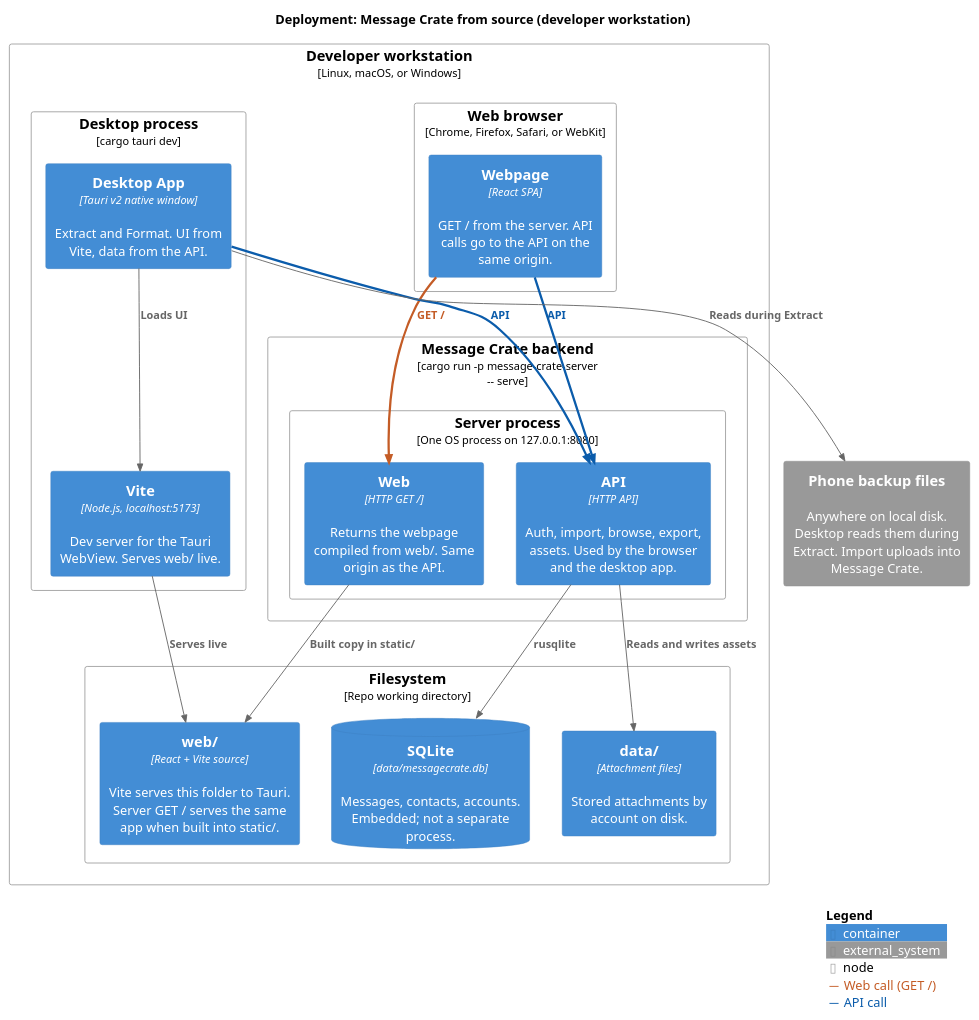
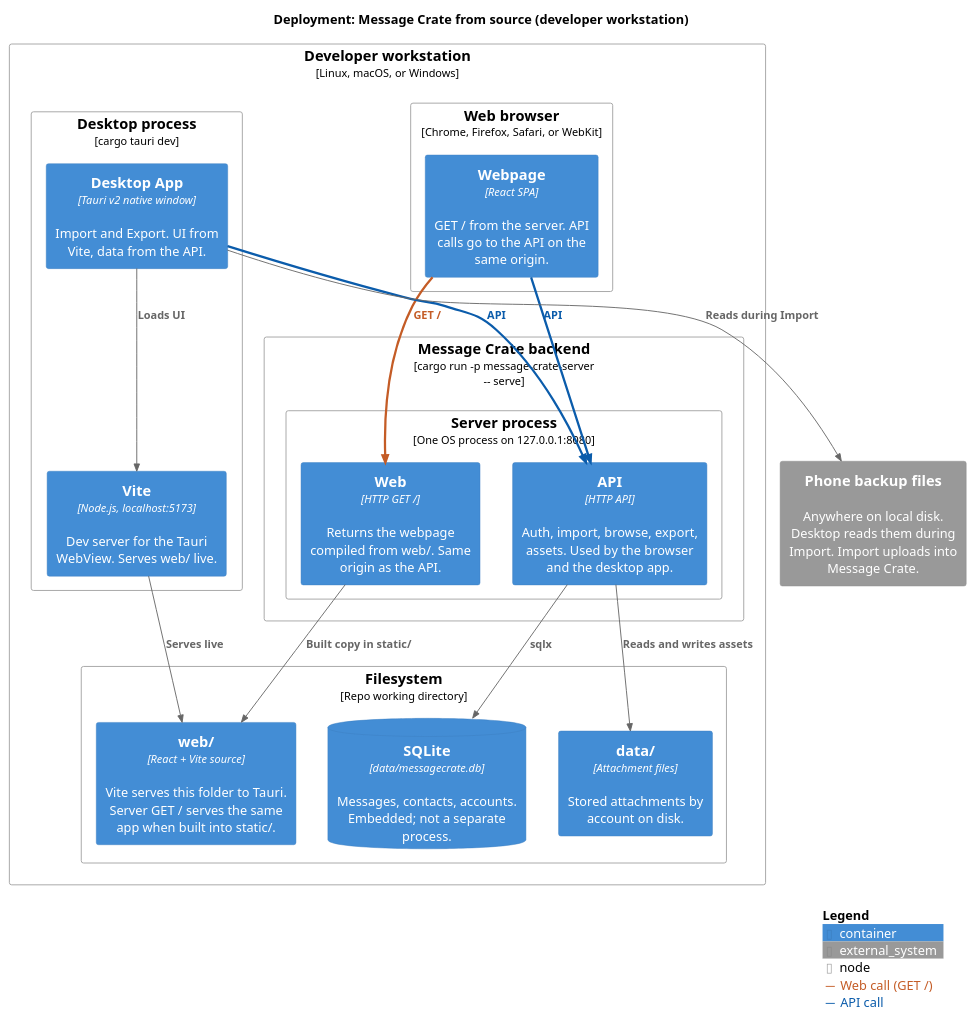
Before and after one commit to bitrealm-io/message-vault: the diagram in docs/src/assets/architecture/deployment_diagram.puml, drawn with PlantUML. The commit also changed 35 other files, not shown here.

```diff
--- a/docs/src/assets/architecture/deployment_diagram.puml
+++ b/docs/src/assets/architecture/deployment_diagram.puml
@@ -1,48 +1,48 @@
 @startuml
 !include https://raw.githubusercontent.com/plantuml-stdlib/C4-PlantUML/master/C4_Deployment.puml
 
 LAYOUT_TOP_DOWN()
 
 AddRelTag("web", $textColor="#C45C26", $lineColor="#C45C26", $lineThickness="2.5", $legendText="Web call (GET /)")
 AddRelTag("api", $textColor="#0B5CAB", $lineColor="#0B5CAB", $lineThickness="2.5", $legendText="API call")
 
 title Deployment: Message Crate from source (developer workstation)
 
 Deployment_Node(workstation, "Developer workstation", "Linux, macOS, or Windows") {
     Deployment_Node(browser, "Web browser", "Chrome, Firefox, Safari, or WebKit") {
         Container(spa, "Webpage", "React SPA", "GET / from the server. API calls go to the API on the same origin.")
     }
 
     Deployment_Node(tauri, "Desktop process", "cargo tauri dev") {
-        Container(desktop, "Desktop App", "Tauri v2 native window", "Extract and Format. UI from Vite, data from the API.")
+        Container(desktop, "Desktop App", "Tauri v2 native window", "Import and Export. UI from Vite, data from the API.")
         Container(vite, "Vite", "Node.js, localhost:5173", "Dev server for the Tauri WebView. Serves web/ live.")
     }
 
     Deployment_Node(backend, "Message Crate backend", "cargo run -p message-crate-server -- serve") {
         Deployment_Node(proc, "Server process", "One OS process on 127.0.0.1:8080") {
             Container(web, "Web", "HTTP GET /", "Returns the webpage compiled from web/. Same origin as the API.")
             Container(api, "API", "HTTP API", "Auth, import, browse, export, assets. Used by the browser and the desktop app.")
         }
     }
 
     Deployment_Node(fs, "Filesystem", "Repo working directory") {
         Container(web_src, "web/", "React + Vite source", "Vite serves this folder to Tauri. Server GET / serves the same app when built into static/.")
         ContainerDb(db, "SQLite", "data/messagecrate.db", "Messages, contacts, accounts. Embedded; not a separate process.")
         Container(data, "data/", "Attachment files", "Stored attachments by account on disk.")
     }
 }
 
-System_Ext(backups, "Phone backup files", "Anywhere on local disk. Desktop reads them during Extract. Import uploads into Message Crate.")
+System_Ext(backups, "Phone backup files", "Anywhere on local disk. Desktop reads them during Import. Import uploads into Message Crate.")
 
 Rel(spa, web, "GET /", $tags="web")
 Rel(spa, api, "API", $tags="api")
 Rel(desktop, vite, "Loads UI")
 Rel(desktop, api, "API", $tags="api")
 Rel(vite, web_src, "Serves live")
 Rel(web, web_src, "Built copy in static/")
-Rel(api, db, "rusqlite")
+Rel(api, db, "sqlx")
 Rel(api, data, "Reads and writes assets")
-Rel(desktop, backups, "Reads during Extract")
+Rel(desktop, backups, "Reads during Import")
 
 SHOW_LEGEND()
 @enduml
```
